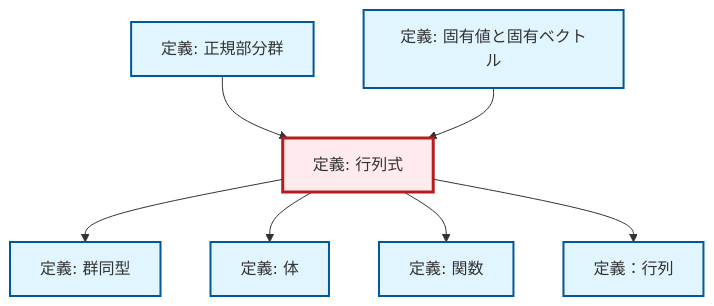
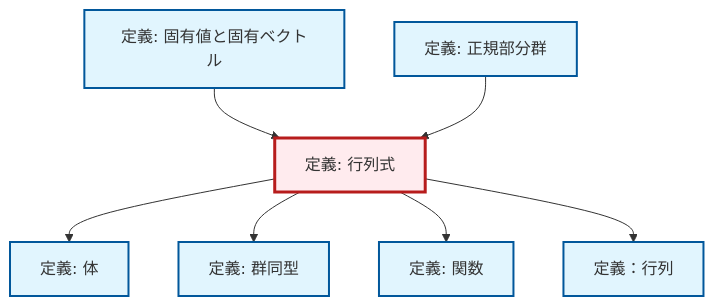
One commit to RK0429/ModernMath changed the diagram in content/ja/algebra/def-determinant.qmd. Above: the diagram before and after it, drawn with Mermaid. The commit also changed other lines of this file and 328 other files, not shown here.

````diff
--- a/content/ja/algebra/def-determinant.qmd
+++ b/content/ja/algebra/def-determinant.qmd
@@ -82,29 +82,29 @@
 ```{mermaid}
 %%| fig-cap: "ローカル依存関係グラフ"
 graph TD
     classDef definition fill:#e1f5fe,stroke:#01579b,stroke-width:2px
     classDef theorem fill:#f3e5f5,stroke:#4a148c,stroke-width:2px
     classDef axiom fill:#fff3e0,stroke:#e65100,stroke-width:2px
     classDef example fill:#e8f5e9,stroke:#1b5e20,stroke-width:2px
     classDef current fill:#ffebee,stroke:#b71c1c,stroke-width:3px
+    def-field["定義: 体"]:::definition
     def-normal-subgroup["定義: 正規部分群"]:::definition
+    def-function["定義: 関数"]:::definition
+    def-isomorphism["定義: 群同型"]:::definition
+    def-eigenvalue-eigenvector["定義: 固有値と固有ベクトル"]:::definition
+    def-matrix["定義：行列"]:::definition
     def-determinant["定義: 行列式"]:::definition
-    def-eigenvalue-eigenvector["定義: 固有値と固有ベクトル"]:::definition
-    def-isomorphism["定義: 群同型"]:::definition
-    def-function["定義: 関数"]:::definition
-    def-matrix["定義：行列"]:::definition
-    def-field["定義: 体"]:::definition
+    def-determinant --> def-field
+    def-eigenvalue-eigenvector --> def-determinant
+    def-determinant --> def-isomorphism
     def-normal-subgroup --> def-determinant
-    def-determinant --> def-isomorphism
-    def-determinant --> def-field
     def-determinant --> def-function
     def-determinant --> def-matrix
-    def-eigenvalue-eigenvector --> def-determinant
     class def-determinant current
+    click def-field "def-field.html" "体の定義へ"
     click def-normal-subgroup "def-normal-subgroup.html" "正規部分群の定義へ"
+    click def-function "def-function.html" "関数の定義へ"
+    click def-isomorphism "def-isomorphism.html" "群同型の定義へ"
     click def-eigenvalue-eigenvector "def-eigenvalue-eigenvector.html" "固有値と固有ベクトルの定義へ"
-    click def-isomorphism "def-isomorphism.html" "群同型の定義へ"
-    click def-function "def-function.html" "関数の定義へ"
     click def-matrix "def-matrix.html" "定義：行列へ"
-    click def-field "def-field.html" "体の定義へ"
 ```
````
